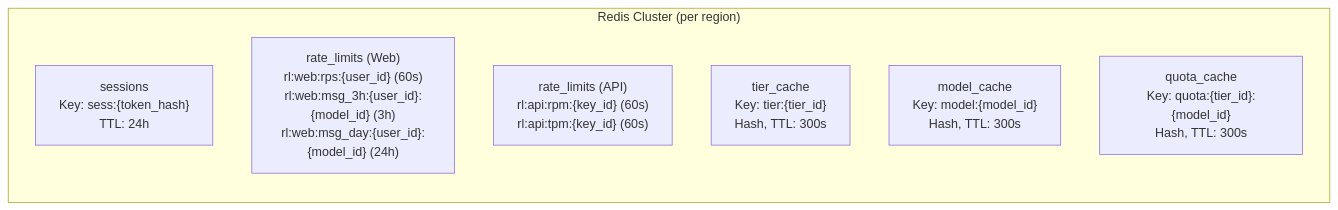
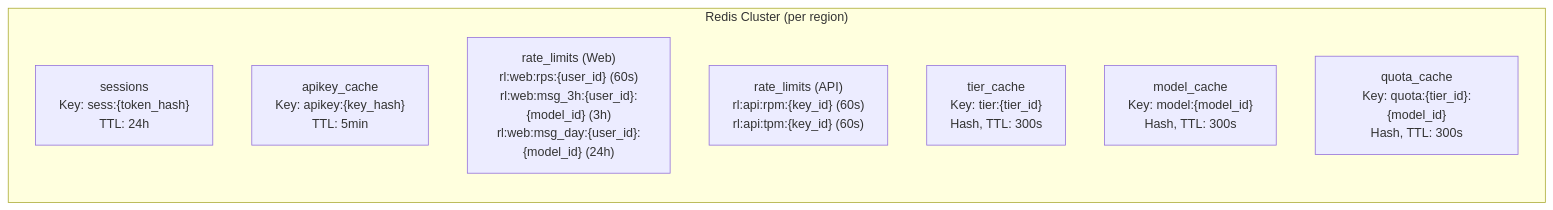
One commit to yaksase/highload_hse changed the seventh of 7 diagrams in README.md. Above: the diagram before and after it, drawn with Mermaid. The commit also changed other lines of this file, not shown here.

````diff
--- a/README.md
+++ b/README.md
@@ -1278,11 +1285,12 @@
 ```mermaid
 graph LR
     subgraph Redis["Redis Cluster (per region)"]
         S["sessions<br/>Key: sess:{token_hash}<br/>TTL: 24h"]
+        AK["apikey_cache<br/>Key: apikey:{key_hash}<br/>TTL: 5min"]
         R["rate_limits (Web)<br/>rl:web:rps:{user_id} (60s)<br/>rl:web:msg_3h:{user_id}:{model_id} (3h)<br/>rl:web:msg_day:{user_id}:{model_id} (24h)"]
         RA["rate_limits (API)<br/>rl:api:rpm:{key_id} (60s)<br/>rl:api:tpm:{key_id} (60s)"]
         T["tier_cache<br/>Key: tier:{tier_id}<br/>Hash, TTL: 300s"]
         M["model_cache<br/>Key: model:{model_id}<br/>Hash, TTL: 300s"]
         Q["quota_cache<br/>Key: quota:{tier_id}:{model_id}<br/>Hash, TTL: 300s"]
     end
 ```
````
